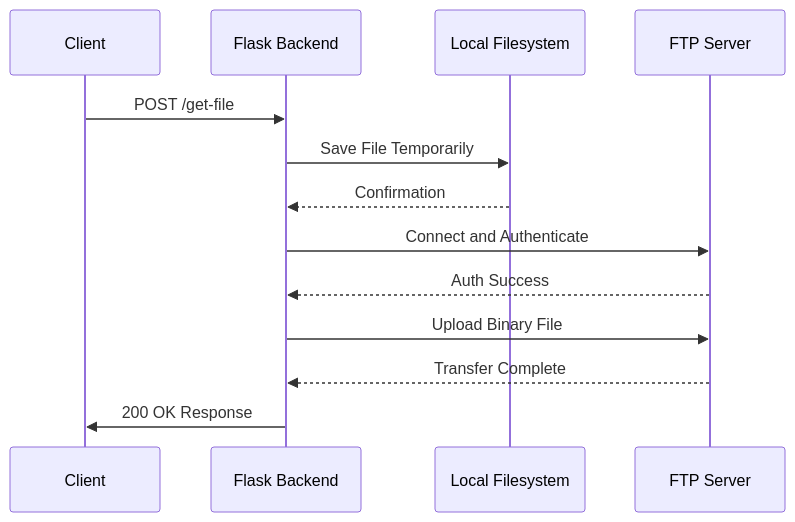
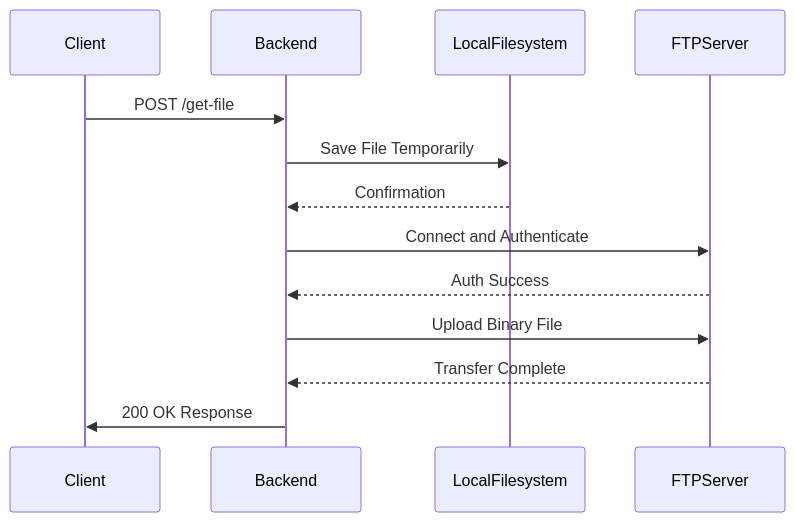
Before and after one commit to MsCoder50/Nexus-FTP: the diagram in README.md, drawn with Mermaid.

Commit message:
Updated WorkFlow

````diff
--- a/README.md
+++ b/README.md
@@ -20,16 +20,11 @@
 ```mermaid
 sequenceDiagram
-    participant C as Client
-    participant B as Flask Backend
-    participant FS as Local Filesystem
-    participant S as FTP Server
-
-    C->>B: POST /get-file
-    B->>FS: Save File Temporarily
-    FS-->>B: Confirmation
-    B->>S: Connect and Authenticate
-    S-->>B: Auth Success
-    B->>S: Upload Binary File
-    S-->>B: Transfer Complete
-    B->>C: 200 OK Response
+    Client->>Backend: POST /get-file
+    Backend->>LocalFilesystem: Save File Temporarily
+    LocalFilesystem-->>Backend: Confirmation
+    Backend->>FTPServer: Connect and Authenticate
+    FTPServer-->>Backend: Auth Success
+    Backend->>FTPServer: Upload Binary File
+    FTPServer-->>Backend: Transfer Complete
+    Backend->>Client: 200 OK Response
 ```
````
